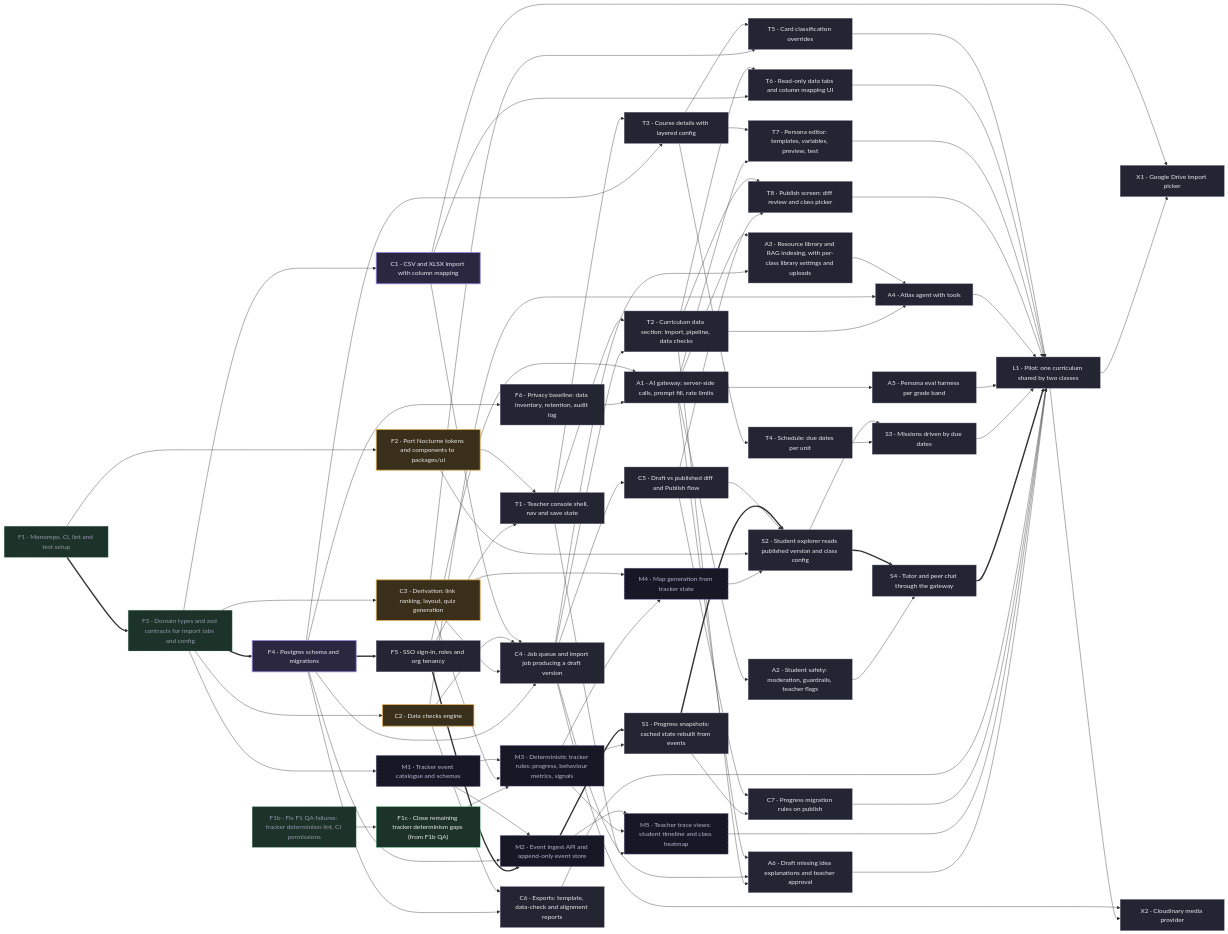
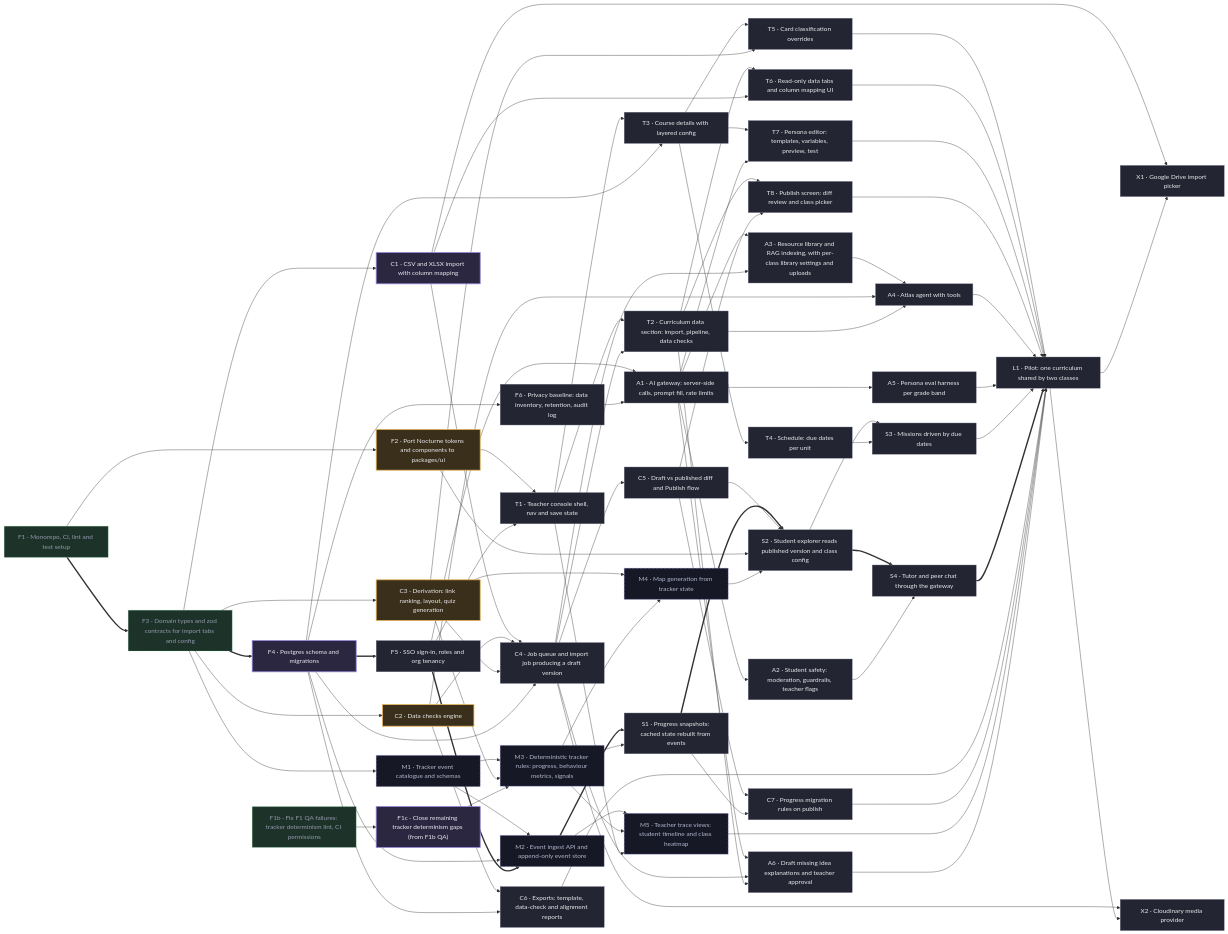
One commit to tenkevin/mind-your-tutor changed the diagram in docs/PLAN.md. Above: the diagram before and after it, drawn with Mermaid. The commit also changed other lines of this file and 1 other file, not shown here.

````diff
--- a/docs/PLAN.md
+++ b/docs/PLAN.md
@@ -213,9 +210,8 @@
   classDef done fill:#1d3329,stroke:#6fcf97,color:#9397ab,stroke-dasharray:3 3
   classDef spec fill:#161826,stroke:#968ae0,color:#b2b6ca,stroke-dasharray:6 4
   class F5,F6,C4,C5,C6,C7,T1,T2,T3,T4,T5,T6,T7,T8,A1,A2,A3,A4,A5,A6,S1,S2,S3,S4,L1,X1,X2 todo
-  class F4,C1 doing
+  class F1c,F4,C1 doing
   class F2,C2,C3 review
   class F1,F1b,F3 done
-  class F1c ready
   class M1,M2,M3,M4,M5 spec
 ```
````
